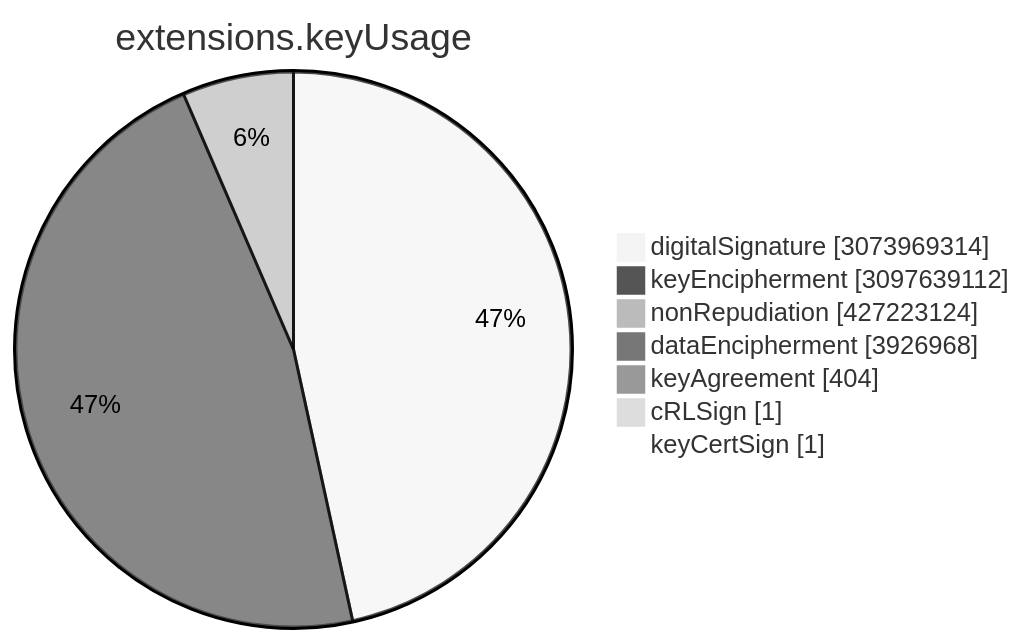
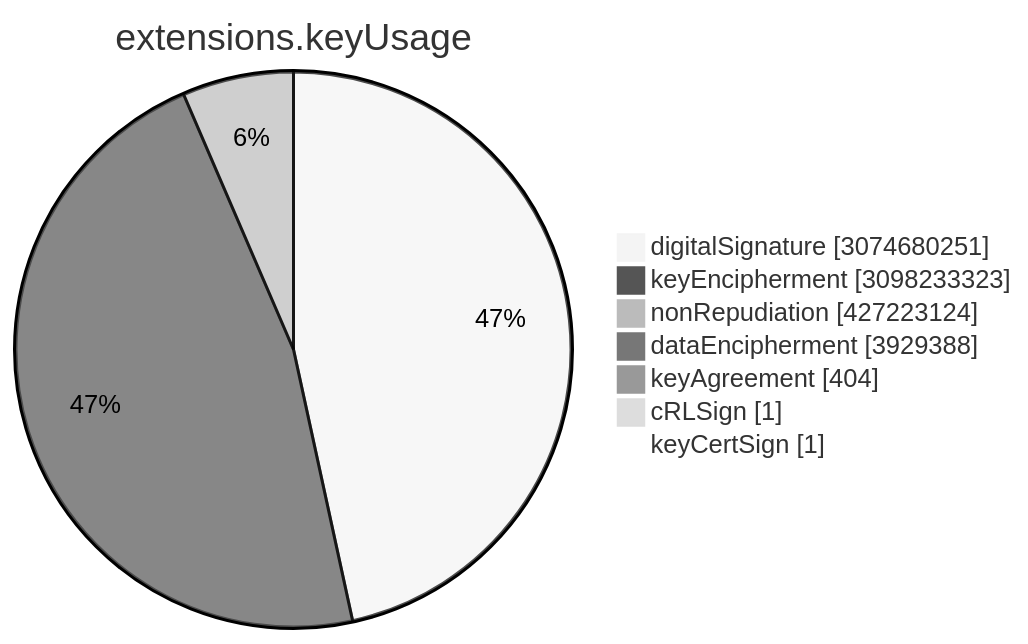
One commit to christiankrug/ctmonitor_visualization changed the sixth of 15 diagrams in TOTAL/README.md. Above: the diagram before and after it, drawn with Mermaid (neutral theme). The commit also changed other lines of this file, not shown here.

````diff
--- a/TOTAL/README.md
+++ b/TOTAL/README.md
@@ -3077,11 +3077,11 @@
 ```mermaid
 pie showData
 title extensions.keyUsage
-"digitalSignature" :3073969314
-"keyEncipherment" :3097639112
+"digitalSignature" :3074680251
+"keyEncipherment" :3098233323
 "nonRepudiation" :427223124
-"dataEncipherment" :3926968
+"dataEncipherment" :3929388
 "keyAgreement" :404
 "cRLSign" :1
 "keyCertSign" :1
 ```
````
